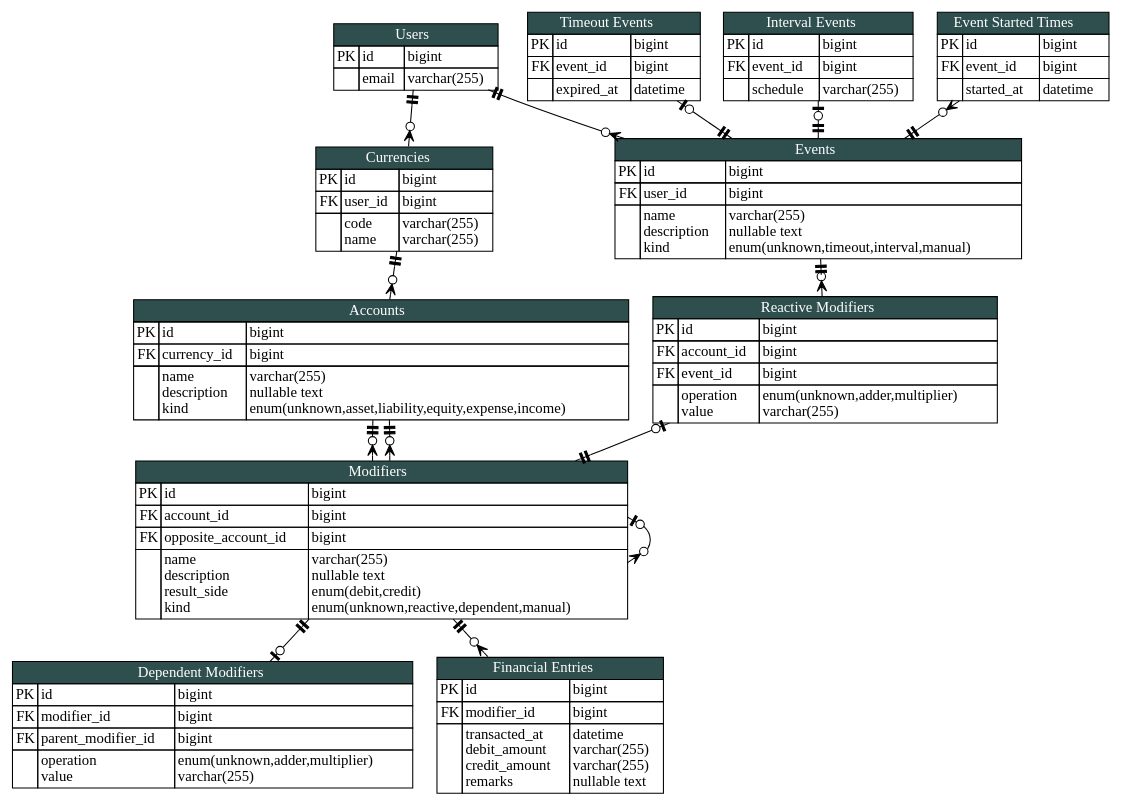
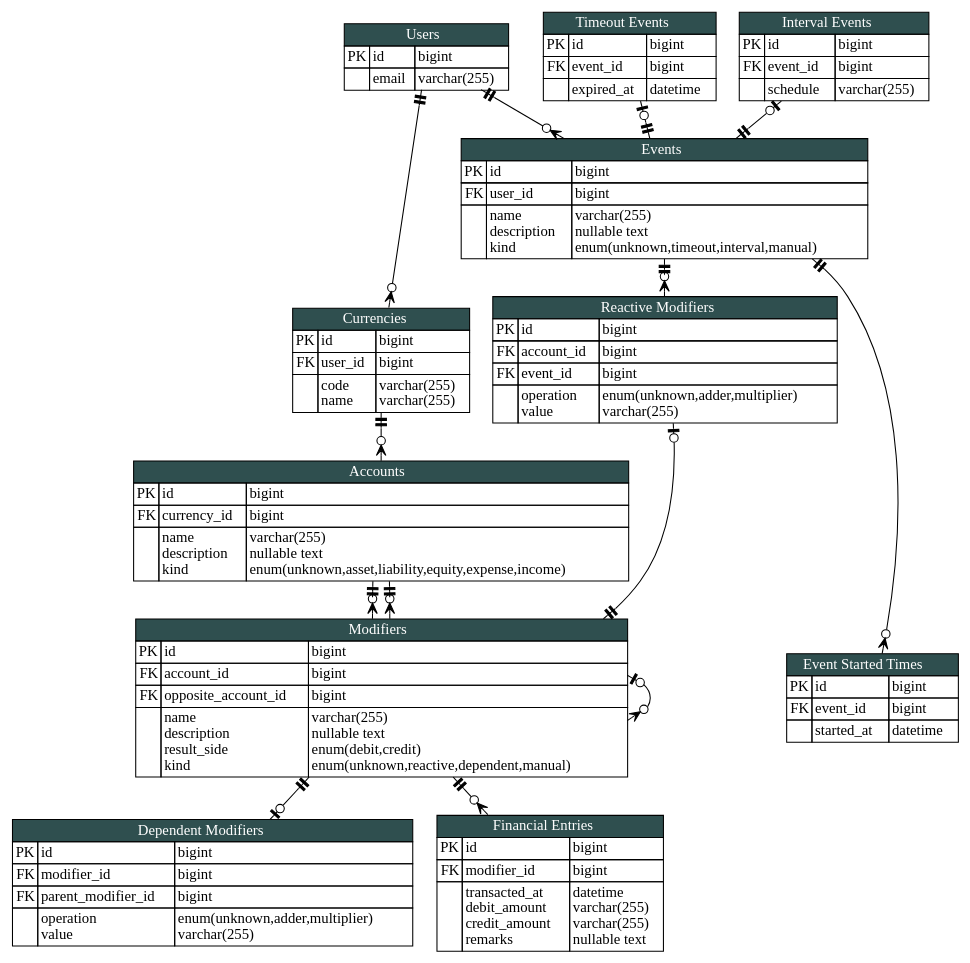
The diagram in blueprint/erd.dot (KennethTrecy/peratorakka_server), drawn with Graphviz before and after one commit. The commit also changed 1 other file, not shown here.

Commit message:
docs(blueprint): apply unknown kind in ERD

```diff
--- a/blueprint/erd.dot
+++ b/blueprint/erd.dot
@@ -441,25 +441,29 @@
 		rank = source;
 		timeout_events
 		interval_events
-		event_started_times
 		users
 	}
 
 	{
 		rank = same;
-		currencies
 		events
 	}
 
 	{
 		rank = same;
-		accounts
+		currencies
 		reactive_modifiers
 	}
 
 	{
 		rank = same;
+		accounts
+	}
+
+	{
+		rank = same;
 		modifiers
+		event_started_times
 	}
 
 	{
```
